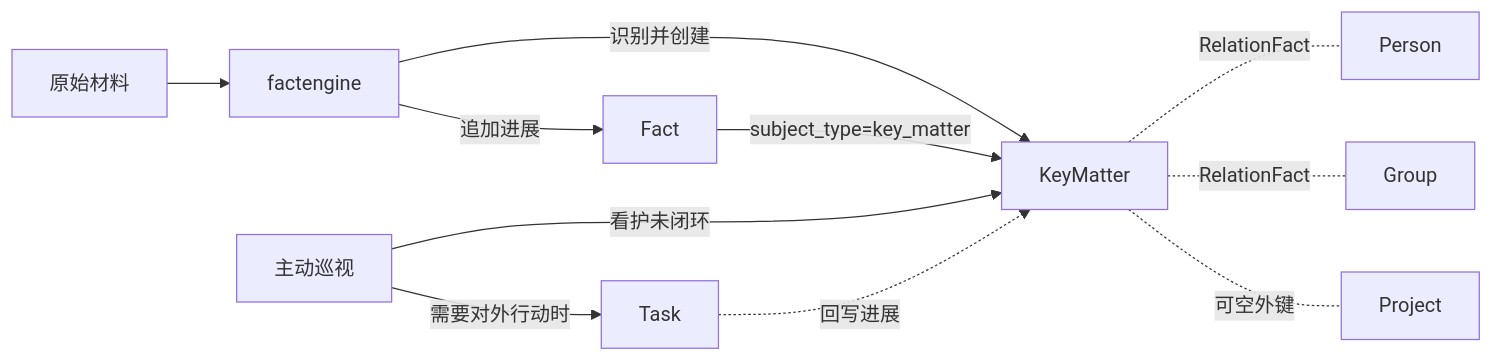
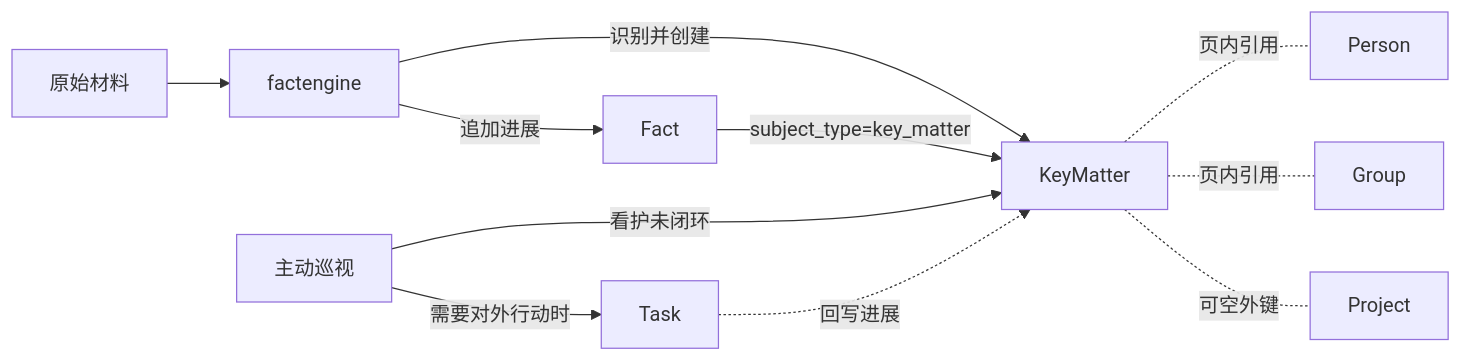
One commit to mjscjj/jarvis changed the diagram in docs/design-key-matter.md. Above: the diagram before and after it, drawn with Mermaid. The commit also changed other lines of this file and 6 other files, not shown here.

````diff
--- a/docs/design-key-matter.md
+++ b/docs/design-key-matter.md
@@ -100,13 +103,13 @@
 ```mermaid
 graph LR
   Material[原始材料] --> FactEngine[factengine]
   FactEngine -->|识别并创建| KeyMatter
   FactEngine -->|追加进展| Fact
-  KeyMatter -.RelationFact.- Person
-  KeyMatter -.RelationFact.- Group
+  KeyMatter -.页内引用.- Person
+  KeyMatter -.页内引用.- Group
   KeyMatter -.可空外键.- Project
   Fact -->|subject_type=key_matter| KeyMatter
   Proactive[主动巡视] -->|看护未闭环| KeyMatter
   Proactive -->|需要对外行动时| Task
   Task -.回写进展.-> KeyMatter
 ```
````
